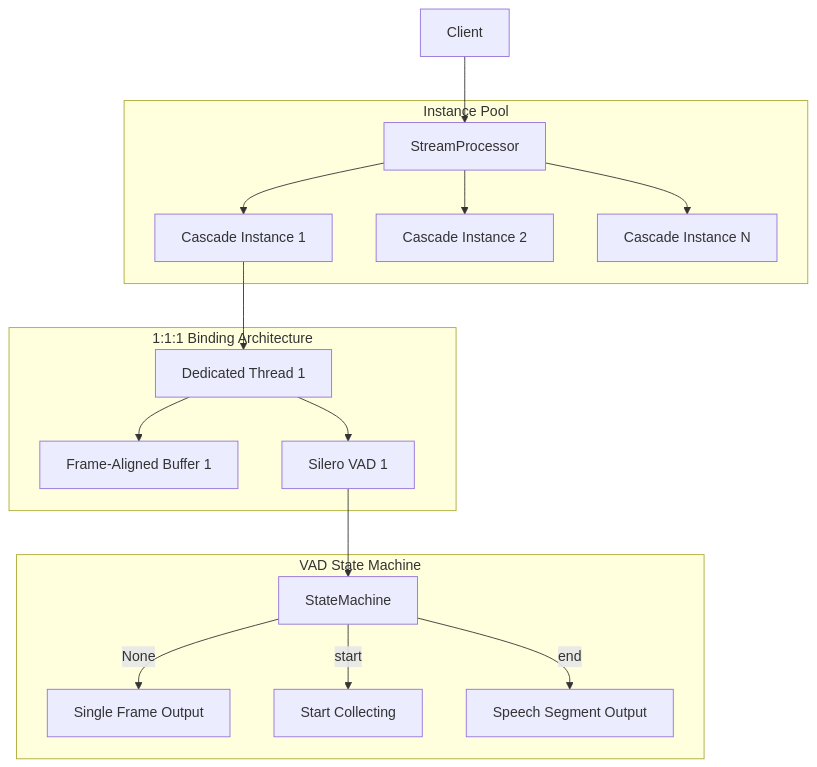
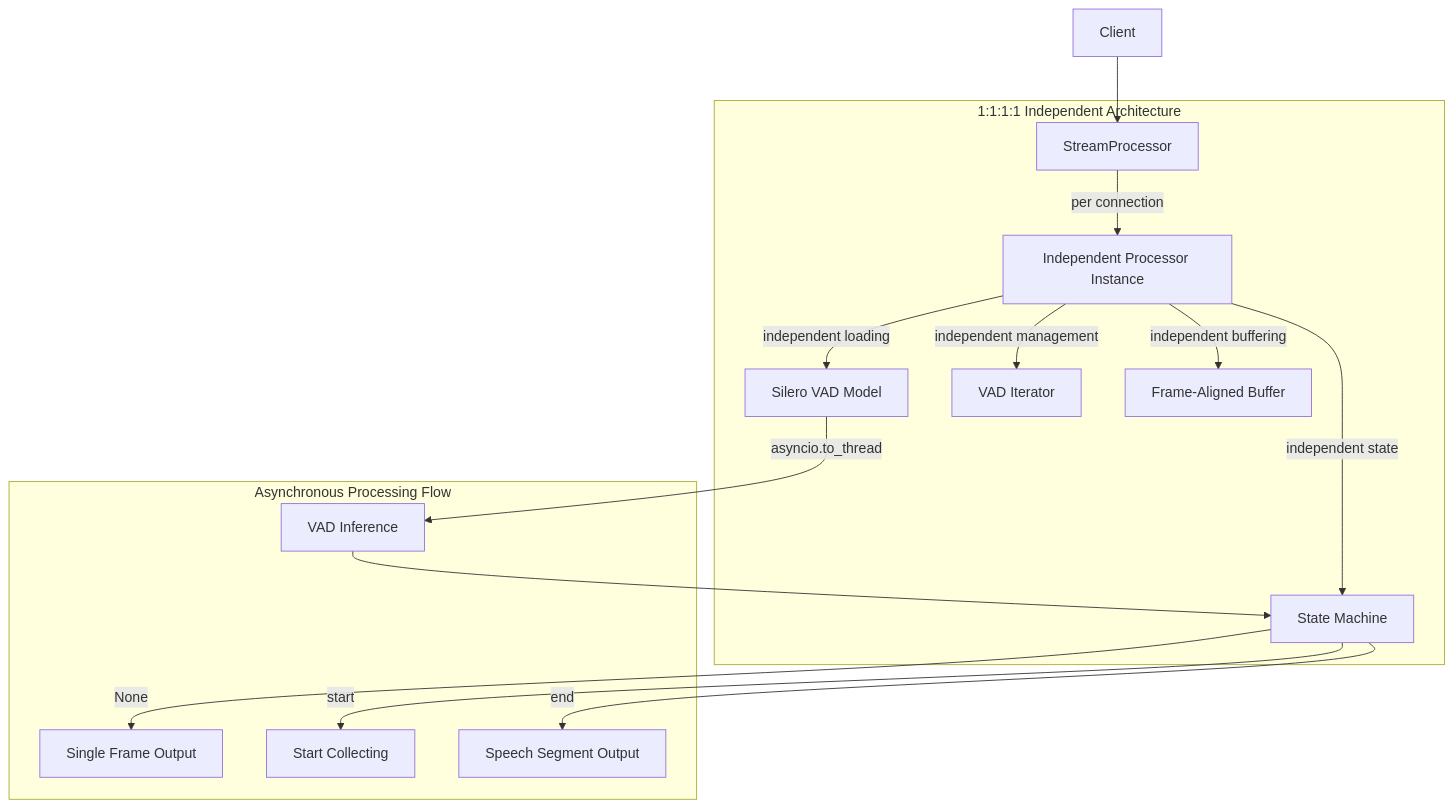
Before and after one commit to xucailiang/cascade: the first of 2 diagrams in README.md, drawn with Mermaid. The commit also changed other lines of this file and 13 other files, not shown here.

````diff
--- a/README.md
+++ b/README.md
@@ -58,23 +74,20 @@
 ```mermaid
 graph TD
     Client --> StreamProcessor
     
-    subgraph "Instance Pool"
-        StreamProcessor --> Instance1[Cascade Instance 1]
-        StreamProcessor --> Instance2[Cascade Instance 2]
-        StreamProcessor --> InstanceN[Cascade Instance N]
+    subgraph "1:1:1:1 Independent Architecture"
+        StreamProcessor --> |per connection| IndependentProcessor[Independent Processor Instance]
+        IndependentProcessor --> |independent loading| VADModel[Silero VAD Model]
+        IndependentProcessor --> |independent management| VADIterator[VAD Iterator]
+        IndependentProcessor --> |independent buffering| FrameBuffer[Frame-Aligned Buffer]
+        IndependentProcessor --> |independent state| StateMachine[State Machine]
     end
     
-    subgraph "1:1:1 Binding Architecture"
-        Instance1 --> Thread1[Dedicated Thread 1]
-        Thread1 --> Buffer1[Frame-Aligned Buffer 1]
-        Thread1 --> VAD1[Silero VAD 1]
-    end
-    
-    subgraph "VAD State Machine"
-        VAD1 --> StateMachine
+    subgraph "Asynchronous Processing Flow"
+        VADModel --> |asyncio.to_thread| VADInference[VAD Inference]
+        VADInference --> StateMachine
         StateMachine --> |None| SingleFrame[Single Frame Output]
         StateMachine --> |start| Collecting[Start Collecting]
         StateMachine --> |end| SpeechSegment[Speech Segment Output]
     end
 ```
````
